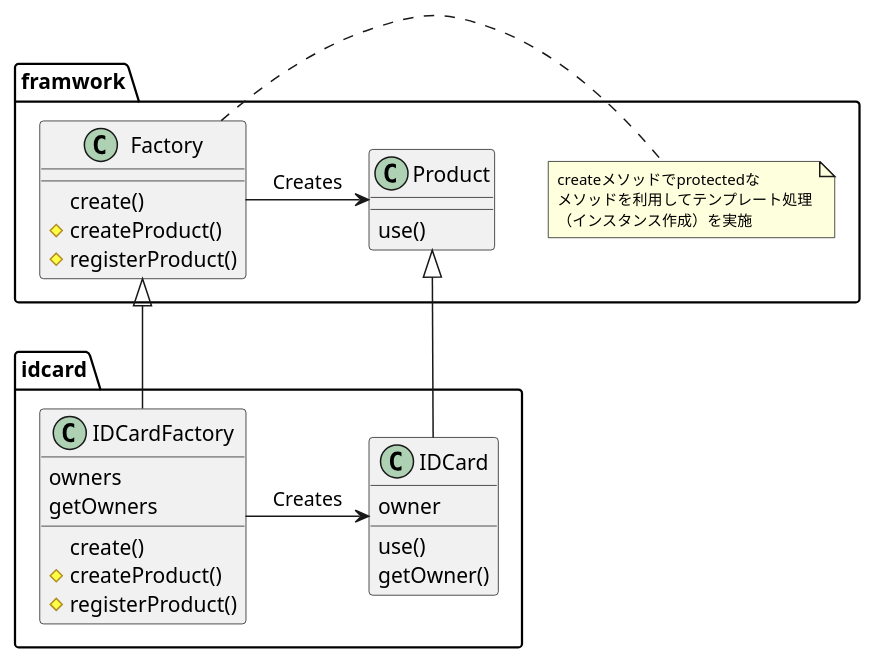
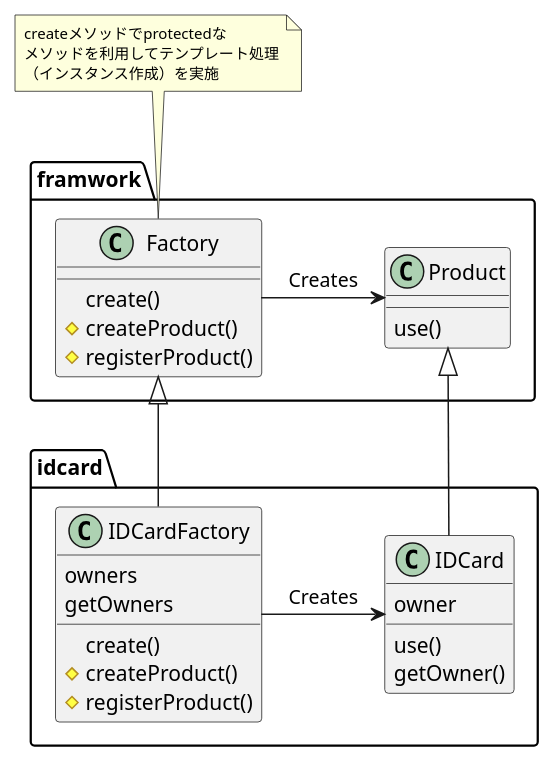
The diagram in doc/factorymethod/factorymethod.puml (beatkei/myjava), drawn with PlantUML before and after one commit. The commit also changed 17 other files, not shown here.

Commit message:
TemplateMethodのクラス図を追加＆Adapterパターンのディレクトリ構成を整理(コミット漏れ分追加)

```diff
--- a/doc/factorymethod/factorymethod.puml
+++ b/doc/factorymethod/factorymethod.puml
@@ -1,42 +1,42 @@
 @startuml
 
 package framwork {
     class Factory {
         create()
         #createProduct()
         #registerProduct()
     }
-
-    note right
-        <size:10>createメソッドでprotectedな
-        <size:10>メソッドを利用してテンプレート処理
-        <size:10>（インスタンス作成）を実施
-    end note
 
     class Product {
         use()
     }
 }
 
 package idcard {
     class IDCardFactory {
         owners
         create()
         #createProduct()
         #registerProduct()
         getOwners
     }
 
     class IDCard {
         owner
         use()
         getOwner()
     }
 }
 
 Factory <|-do- IDCardFactory
 Product <|-do- IDCard
 Factory -ri-> Product : Creates
 IDCardFactory -ri-> IDCard : Creates
 
+note top of Factory
+    <size:10>createメソッドでprotectedな
+    <size:10>メソッドを利用してテンプレート処理
+    <size:10>（インスタンス作成）を実施
+end note
+
 @enduml
```
